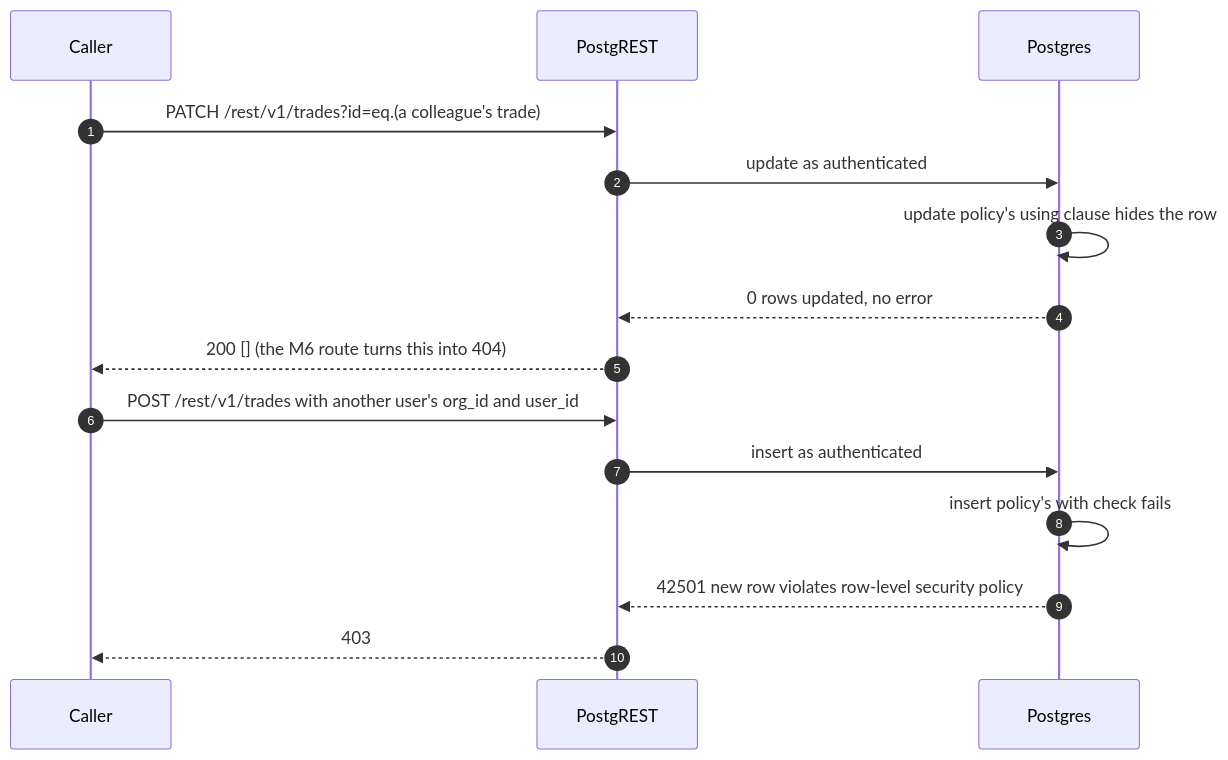
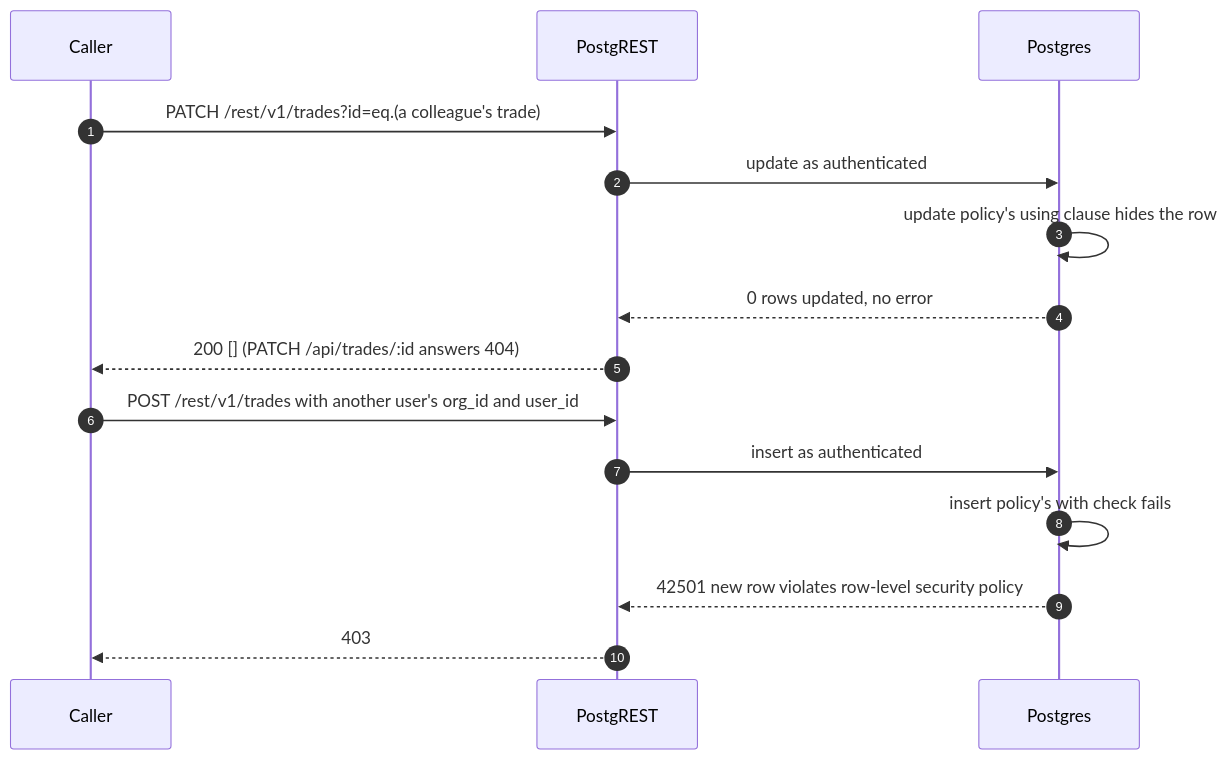
One commit to 1satwinder/trade-log changed the second of 2 diagrams in docs/flows/request-authorisation.md. Above: the diagram before and after it, drawn with Mermaid. The commit also changed other lines of this file and 33 other files, not shown here.

First line of the commit message:
feat: add sign-in and the trades API behind requireUser

````diff
--- a/docs/flows/request-authorisation.md
+++ b/docs/flows/request-authorisation.md
@@ -45,19 +46,19 @@
 ```mermaid
 sequenceDiagram
   autonumber
   participant C as Caller
   participant R as PostgREST
   participant P as Postgres
 
   C->>R: PATCH /rest/v1/trades?id=eq.(a colleague's trade)
   R->>P: update as authenticated
   P->>P: update policy's using clause hides the row
   P-->>R: 0 rows updated, no error
-  R-->>C: 200 [] (the M6 route turns this into 404)
+  R-->>C: 200 [] (PATCH /api/trades/:id answers 404)
 
   C->>R: POST /rest/v1/trades with another user's org_id and user_id
   R->>P: insert as authenticated
   P->>P: insert policy's with check fails
   P-->>R: 42501 new row violates row-level security policy
   R-->>C: 403
 ```
````
